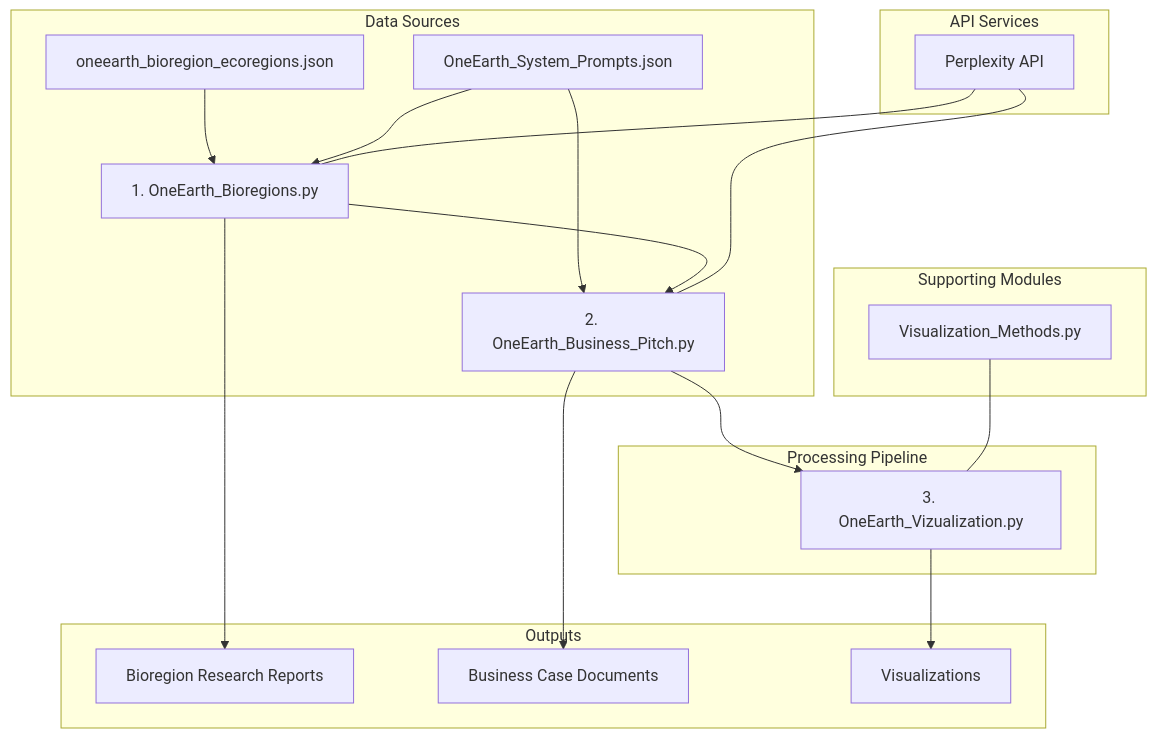
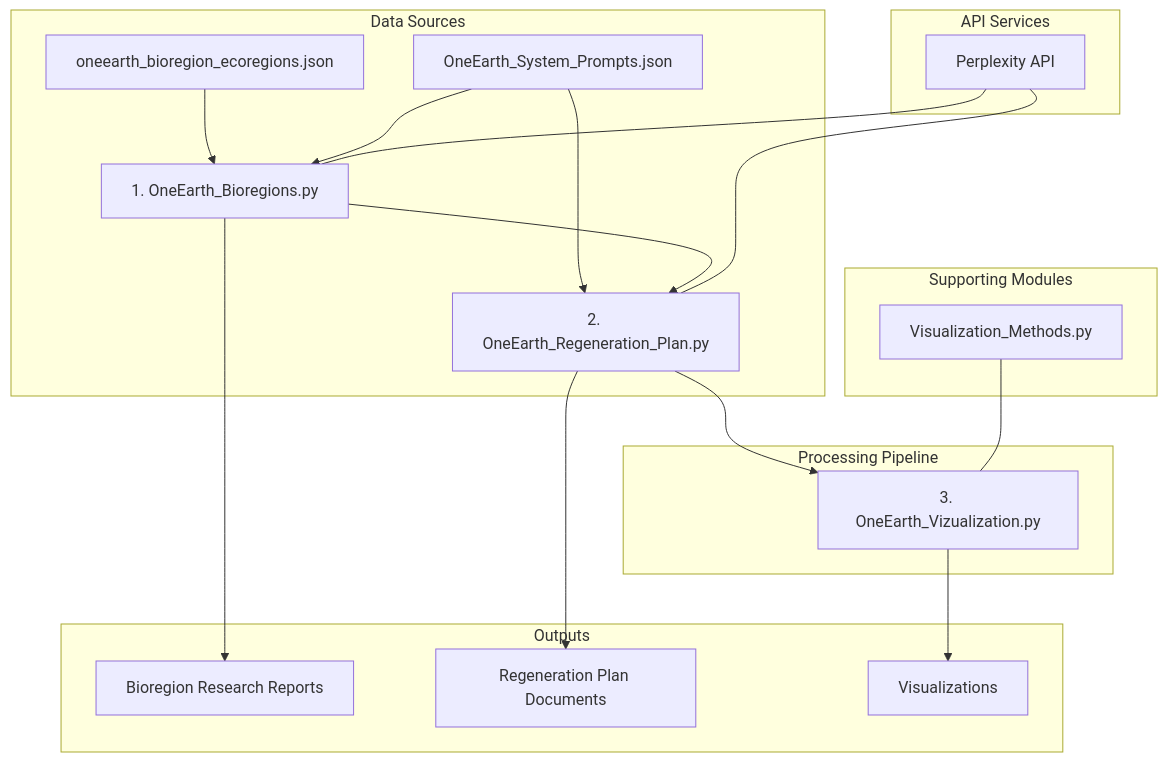
Before and after one commit to ActiveInferenceInstitute/Biofirm: the first of 2 diagrams in One_Earth/OneEarth_Architecture.md, drawn with Mermaid. The commit also changed other lines of this file and 8 other files, not shown here.

````diff
--- a/One_Earth/OneEarth_Architecture.md
+++ b/One_Earth/OneEarth_Architecture.md
@@ -15,28 +15,28 @@
 ```mermaid
 graph TD
     subgraph "Data Sources"
         A1[oneearth_bioregion_ecoregions.json] --> P1
         A2[OneEarth_System_Prompts.json] --> P1
         A2 --> P2
     end
 
     subgraph "Processing Pipeline"
-        P1[1. OneEarth_Bioregions.py] --> P2[2. OneEarth_Business_Pitch.py]
+        P1[1. OneEarth_Bioregions.py] --> P2[2. OneEarth_Regeneration_Plan.py]
         P2 --> P3[3. OneEarth_Vizualization.py]
     end
 
     subgraph "Outputs"
         P1 --> B1[Bioregion Research Reports]
-        P2 --> B2[Business Case Documents]
+        P2 --> B2[Regeneration Plan Documents]
         P3 --> B3[Visualizations]
     end
 
     subgraph "API Services"
         C1[Perplexity API] --- P1
         C1 --- P2
     end
 
     subgraph "Supporting Modules"
         D1[Visualization_Methods.py] --- P3
     end
 ```
````
